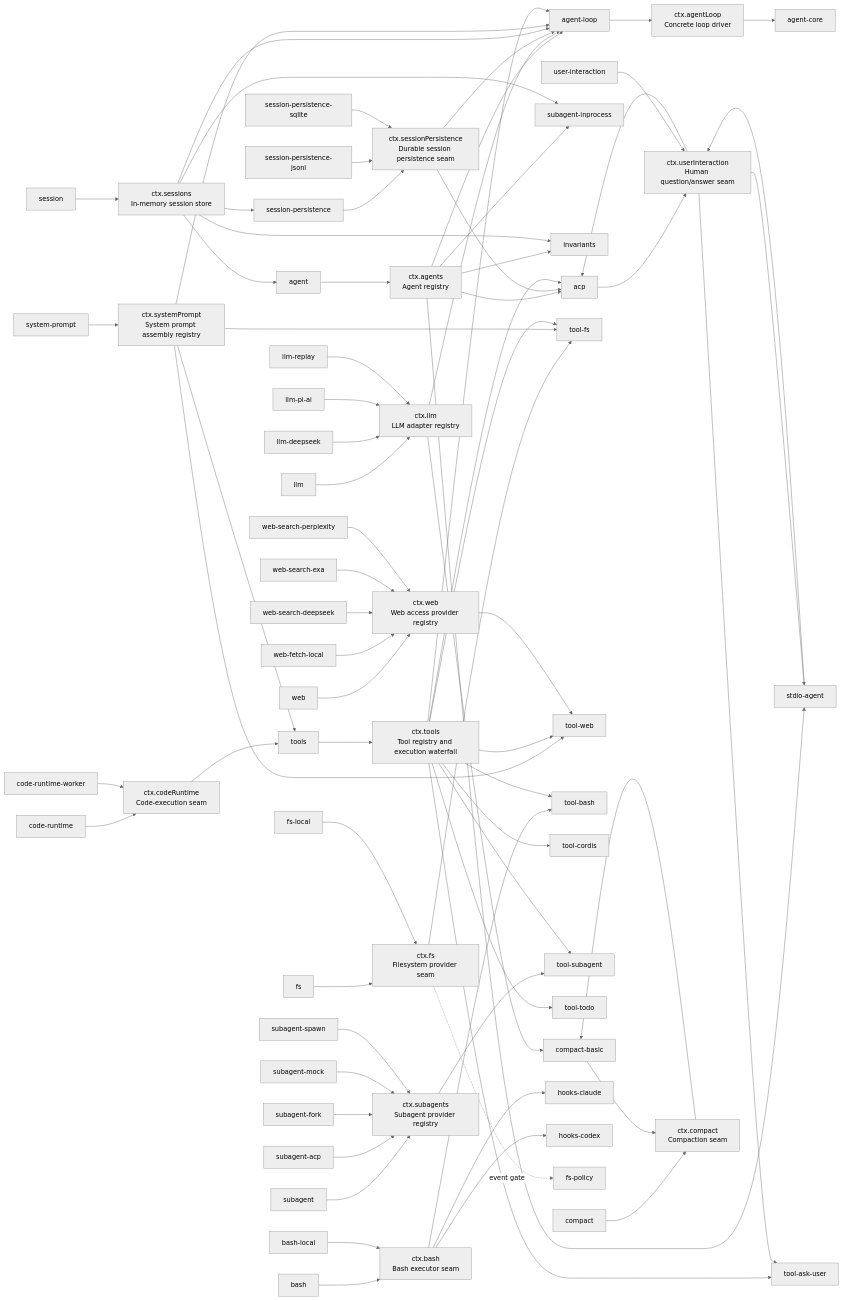
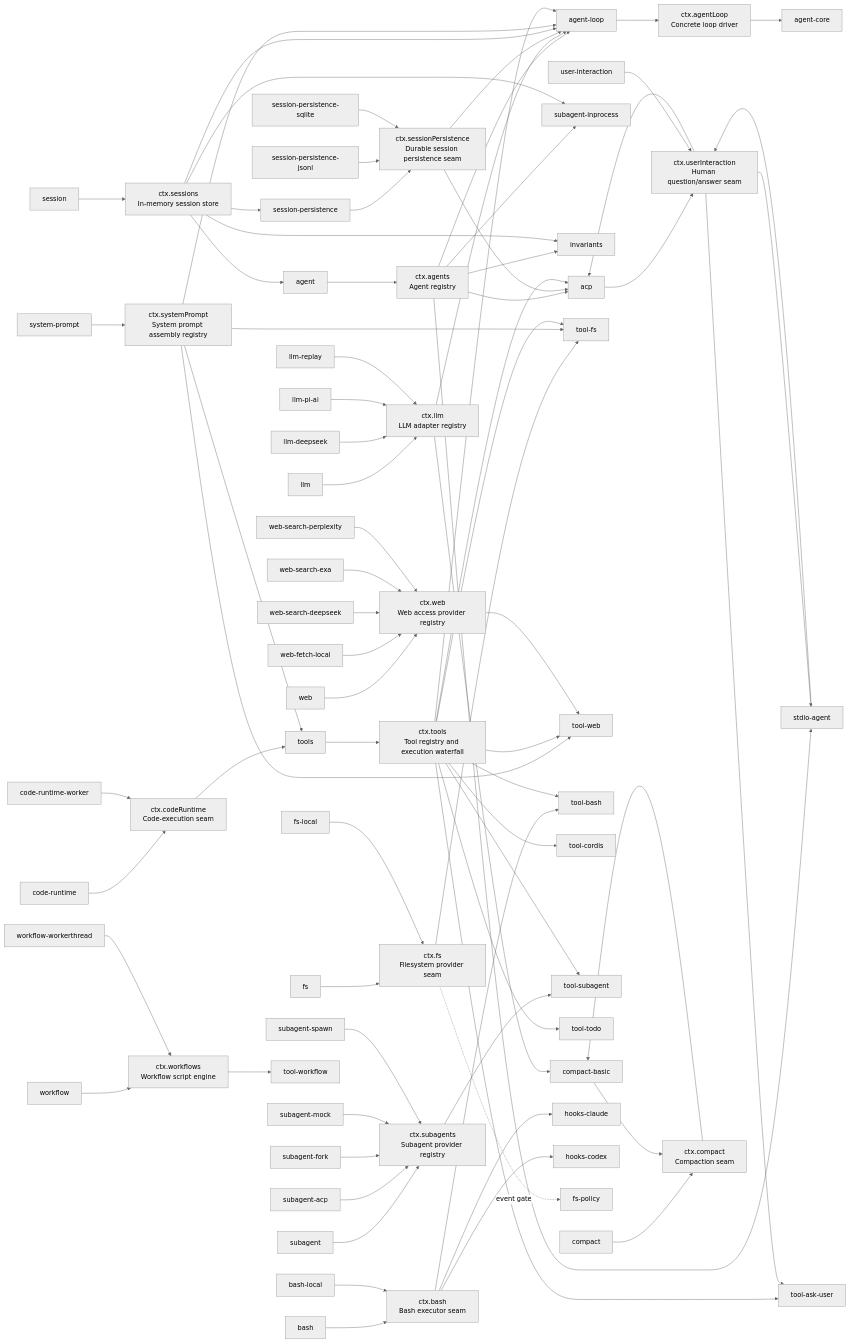
The diagram in docs/capability-seams.md (eru123/coco-harness), drawn with Mermaid (neutral theme) before and after one commit. The commit also changed other lines of this file and 132 other files, not shown here.

First line of the commit message:
Merge pull request #233 from deepseek-harness/workflow-vm-to-workerthread

````diff
--- a/docs/capability-seams.md
+++ b/docs/capability-seams.md
@@ -67,6 +67,10 @@
   pkg_web_search_perplexity["web-search-perplexity"]
   pkg_web_search_deepseek["web-search-deepseek"]
   pkg_web_fetch_local["web-fetch-local"]
+  pkg_workflow["workflow"]
+  svc_workflows["ctx.workflows<br/>Workflow script engine"]
+  pkg_workflow_workerthread["workflow-workerthread"]
+  pkg_tool_workflow["tool-workflow"]
   pkg_acp --> svc_userInteraction
   pkg_agent --> svc_agents
   pkg_agent_loop --> svc_agentLoop
@@ -100,6 +104,8 @@
   pkg_web_search_deepseek --> svc_web
   pkg_web_search_exa --> svc_web
   pkg_web_search_perplexity --> svc_web
+  pkg_workflow --> svc_workflows
+  pkg_workflow_workerthread --> svc_workflows
   svc_agentLoop --> pkg_agent_core
   svc_agents --> pkg_acp
   svc_agents --> pkg_agent_loop
@@ -139,5 +145,6 @@
   svc_userInteraction --> pkg_stdio_agent
   svc_userInteraction --> pkg_tool_ask_user
   svc_web --> pkg_tool_web
+  svc_workflows --> pkg_tool_workflow
   svc_fs -. event gate .-> pkg_fs_policy
 ```
````
